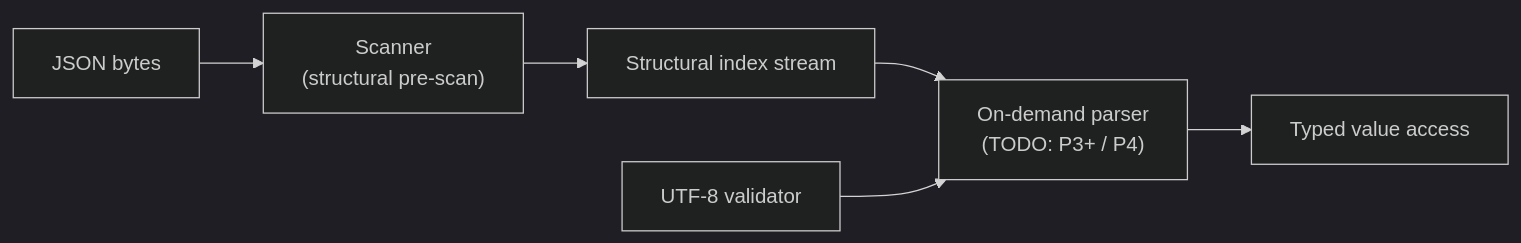
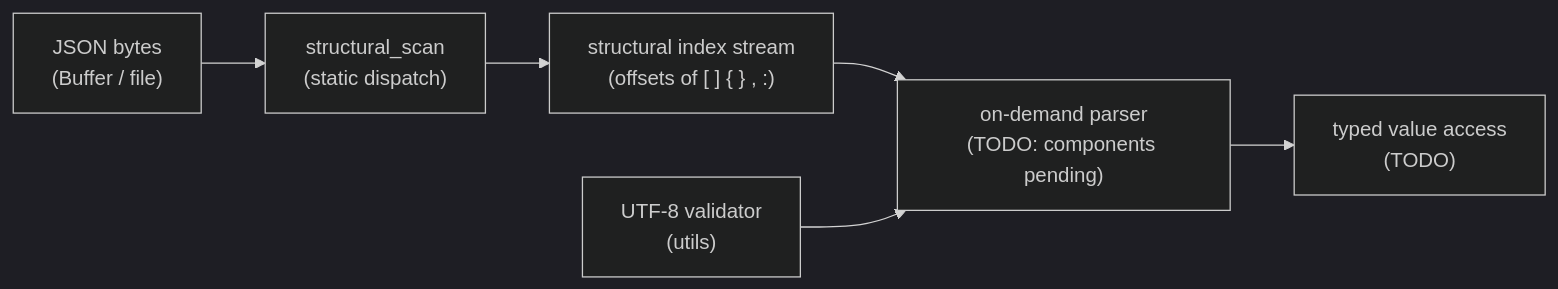
One commit to zuudevs/ze_json changed the first of 3 diagrams in docs/architecture/README.md. Above: the diagram before and after it, drawn with Mermaid (dark theme). The commit also changed other lines of this file and 2 other files, not shown here.

First line of the commit message:
docs: full architecture/development/requirement content (P6-1..P6-3)

````diff
--- a/docs/architecture/README.md
+++ b/docs/architecture/README.md
@@ -20,8 +21,8 @@
 ```mermaid
 flowchart LR
-    A["JSON bytes"] --> B["Scanner<br/>(structural pre-scan)"]
-    B --> C["Structural index stream"]
-    C --> D["On-demand parser<br/>(TODO: P3+ / P4)"]
-    D --> E["Typed value access"]
-    F["UTF-8 validator"] --> D
+    A["JSON bytes\n(Buffer / file)"] --> B["structural_scan\n(static dispatch)"]
+    B --> C["structural index stream\n(offsets of [ ] { } , :)"]
+    C --> D["on-demand parser\n(TODO: components pending)"]
+    D --> E["typed value access\n(TODO)"]
+    F["UTF-8 validator\n(utils)"] --> D
 ```
````
